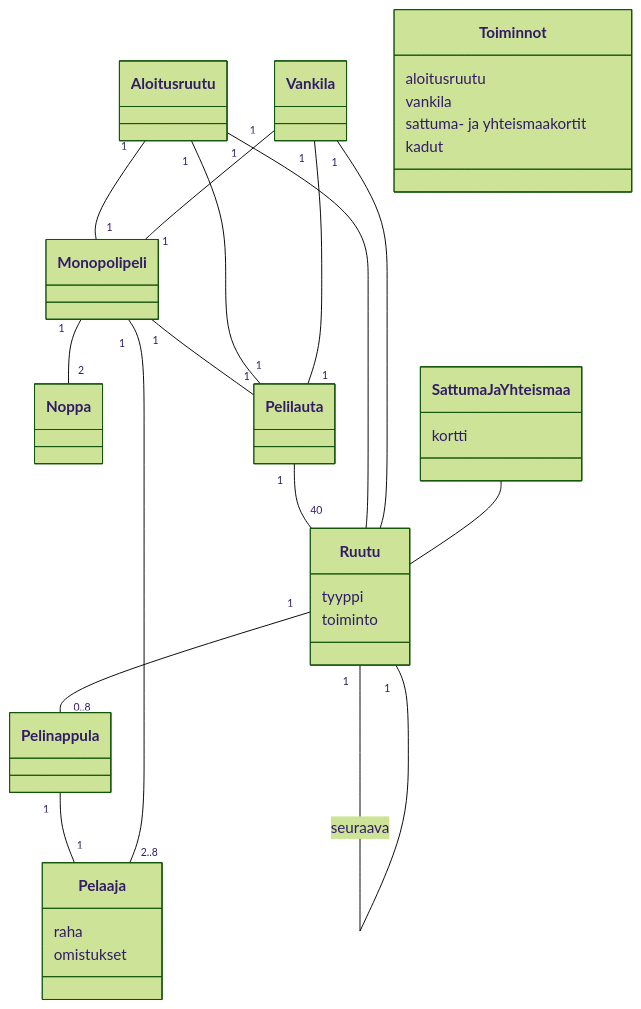
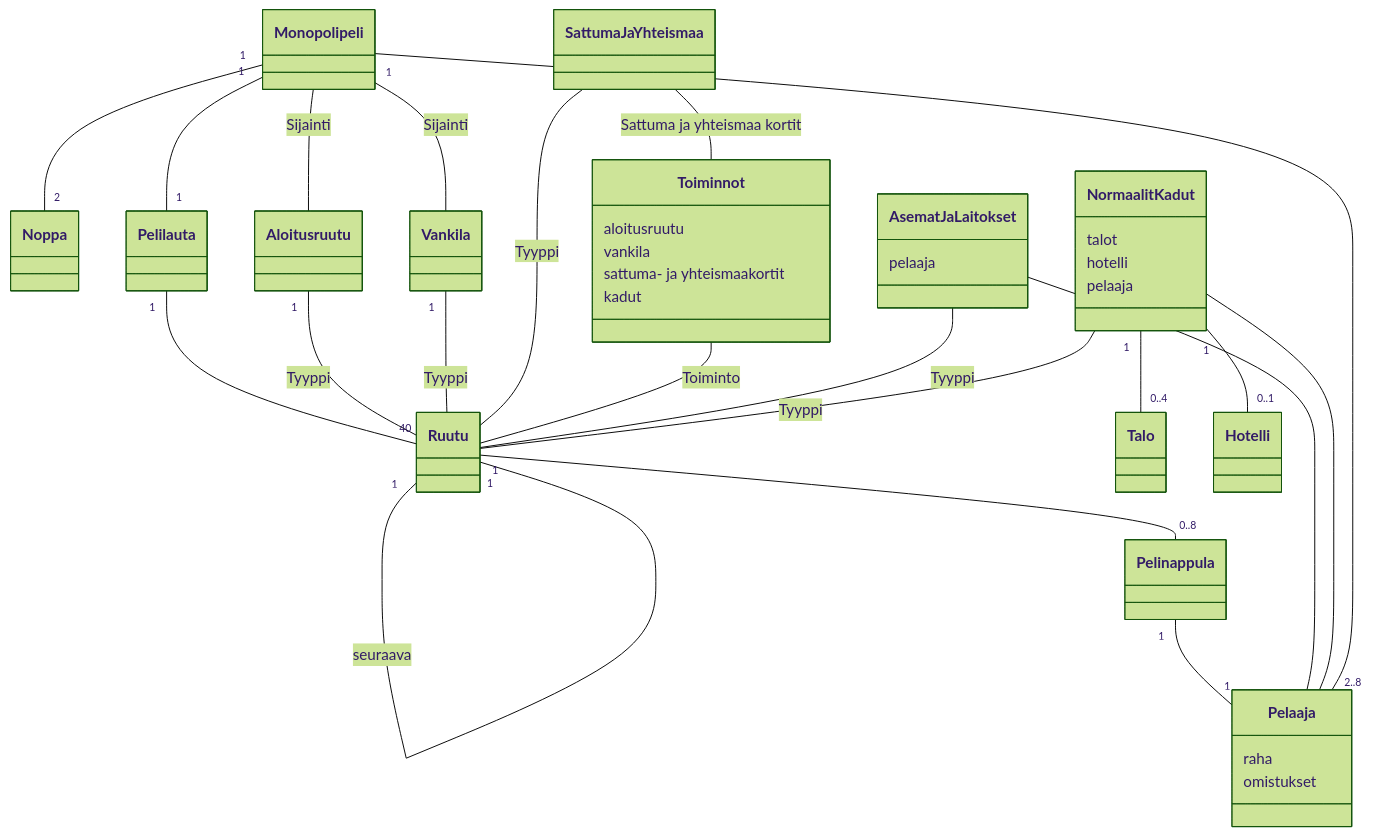
One commit to maritatsuko/ot-harjoitustyo changed the diagram in laskarit/viikko3/monopoli.md. Above: the diagram before and after it, drawn with Mermaid (forest theme).

Commit message:
viikko3 t1

````diff
--- a/laskarit/viikko3/monopoli.md
+++ b/laskarit/viikko3/monopoli.md
@@ -1,35 +1,43 @@
 ```mermaid
  classDiagram
     Monopolipeli "1" -- "2" Noppa
     Monopolipeli "1" -- "1" Pelilauta
     Pelilauta "1" -- "40" Ruutu
     Ruutu "1" -- "1" Ruutu : seuraava
     Ruutu "1" -- "0..8" Pelinappula
 
-    Aloitusruutu "1" -- Ruutu
-    Aloitusruutu "1" -- "1" Pelilauta
-    Aloitusruutu "1" -- "1" Monopolipeli
-    Vankila "1" -- Ruutu
-    Vankila "1" -- "1" Pelilauta
-    Vankila "1" -- "1" Monopolipeli
-    Sattuma Ja Yhteismaa -- Ruutu
+    Aloitusruutu "1" -- Ruutu : Tyyppi
+    Monopolipeli -- Aloitusruutu : Sijainti
+    Monopolipeli -- Vankila : Sijainti
+    Vankila "1" -- Ruutu : Tyyppi
+    Sattuma Ja Yhteismaa -- Ruutu : Tyyppi
+    Sattuma Ja Yhteismaa -- Toiminnot : Sattuma ja yhteismaa kortit
     Pelinappula "1" -- "1" Pelaaja
     Pelaaja "2..8" -- "1" Monopolipeli
-    class Ruutu{
-        tyyppi
-        toiminto
+    Toiminnot -- Ruutu : Toiminto
+    Asemat Ja Laitokset -- Pelaaja
+    Asemat Ja Laitokset -- Ruutu : Tyyppi
+    Normaalit Kadut -- Ruutu : Tyyppi
+    Normaalit Kadut -- Pelaaja
+    Normaalit Kadut "1" -- "0..4" Talo
+    Normaalit Kadut "1" -- "0..1" Hotelli
+
+    class Asemat Ja Laitokset{
+        pelaaja
     }
-    class Sattuma Ja Yhteismaa{
-        kortti
-    } 
+    class Normaalit Kadut{
+        talot
+        hotelli
+        pelaaja
+    }
     class Pelaaja{
         raha
         omistukset
     }
     class Toiminnot{
         aloitusruutu
         vankila
         sattuma- ja yhteismaakortit
         kadut
     }
 ```
````
